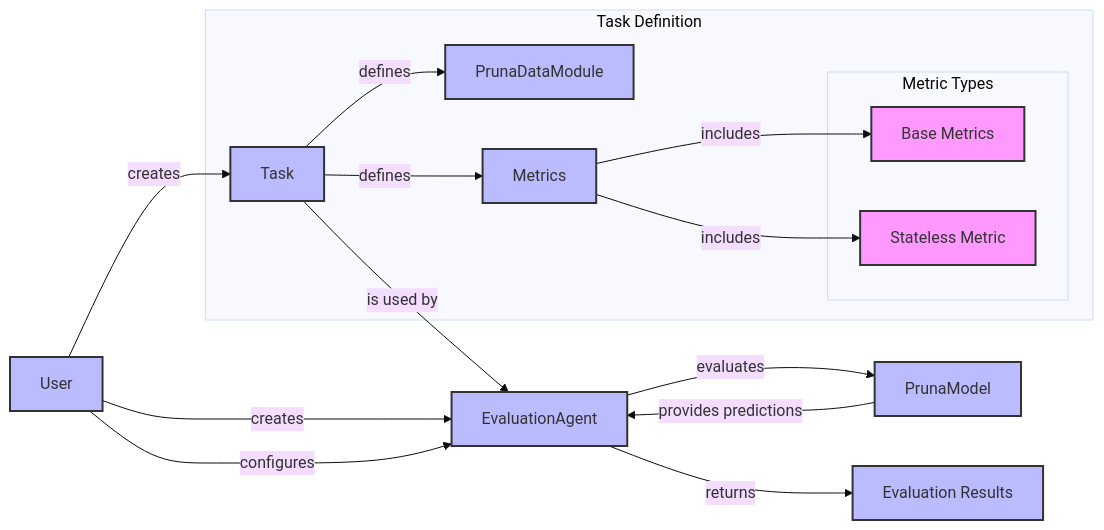
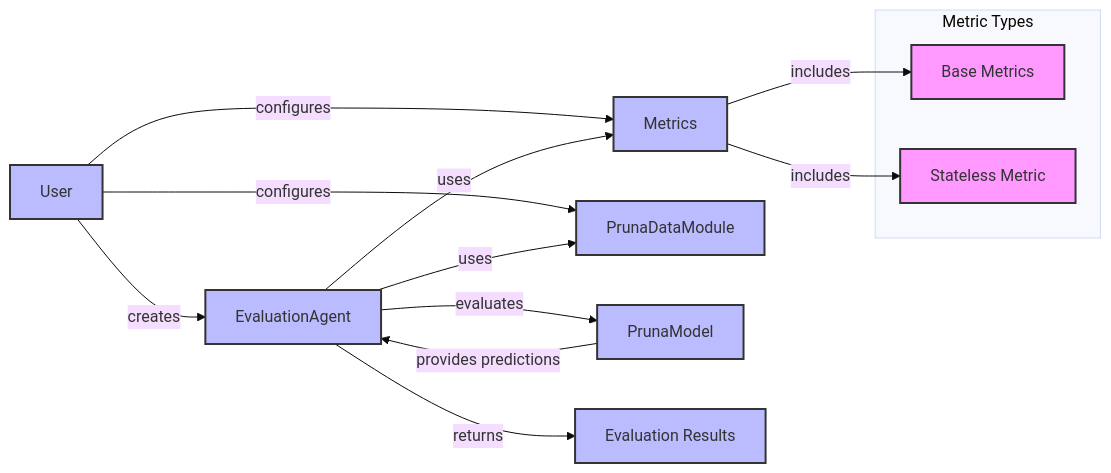
Before and after one commit to PrunaAI/pruna: the diagram in docs/user_manual/evaluate.rst, drawn with Mermaid (base theme). The commit also changed other lines of this file and 2 other files, not shown here.

Commit message:
feat: update documentation and tests to deprecate 'Task' parameter in EvaluationAgent

```diff
--- a/docs/user_manual/evaluate.rst
+++ b/docs/user_manual/evaluate.rst
@@ -16,37 +16,28 @@
 .. mermaid::
    :align: center
 
    graph LR
-    User -->|creates| Task
     User -->|creates| EvaluationAgent
-    Task -->|defines| PrunaDataModule
-    Task -->|defines| Metrics
-    Task -->|is used by| EvaluationAgent
+    User -->|configures| Metrics
+    User -->|configures| PrunaDataModule
     Metrics -->|includes| B["Base Metrics"]
     Metrics -->|includes| C["Stateless Metric"]
     PrunaModel -->|provides predictions| EvaluationAgent
     EvaluationAgent -->|evaluates| PrunaModel
     EvaluationAgent -->|returns| D["Evaluation Results"]
-    User -->|configures| EvaluationAgent
+    EvaluationAgent -->|uses| Metrics
+    EvaluationAgent -->|uses| PrunaDataModule
 
     subgraph A["Metric Types"]
         B
         C
     end
 
-    subgraph E["Task Definition"]
-        Task
-        PrunaDataModule
-        Metrics
-        A
-    end
-
     style User fill:#bbf,stroke:#333,stroke-width:2px
-    style Task fill:#bbf,stroke:#333,stroke-width:2px
     style EvaluationAgent fill:#bbf,stroke:#333,stroke-width:2px
     style PrunaDataModule fill:#bbf,stroke:#333,stroke-width:2px
     style PrunaModel fill:#bbf,stroke:#333,stroke-width:2px
     style D fill:#bbf,stroke:#333,stroke-width:2px
     style Metrics fill:#bbf,stroke:#333,stroke-width:2px
     style B fill:#f9f,stroke:#333,stroke-width:2px
     style C fill:#f9f,stroke:#333,stroke-width:2px
```
